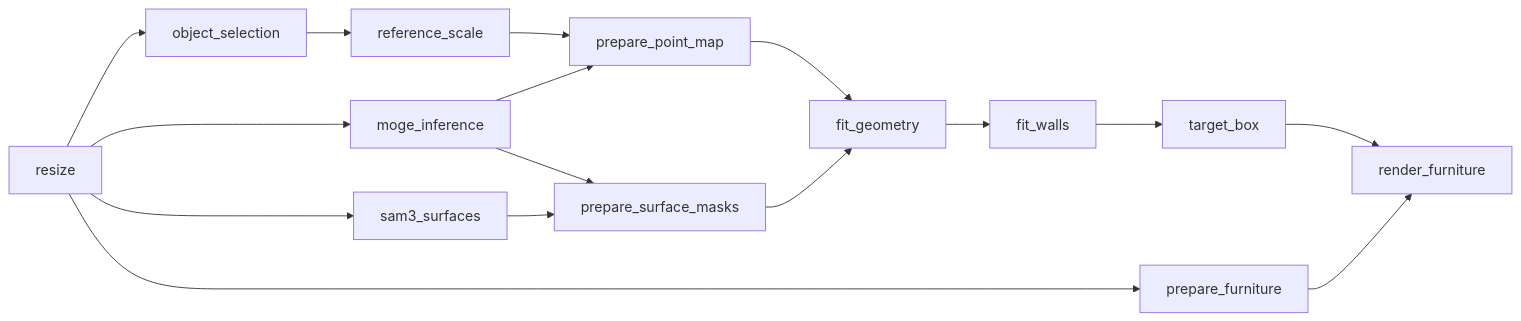
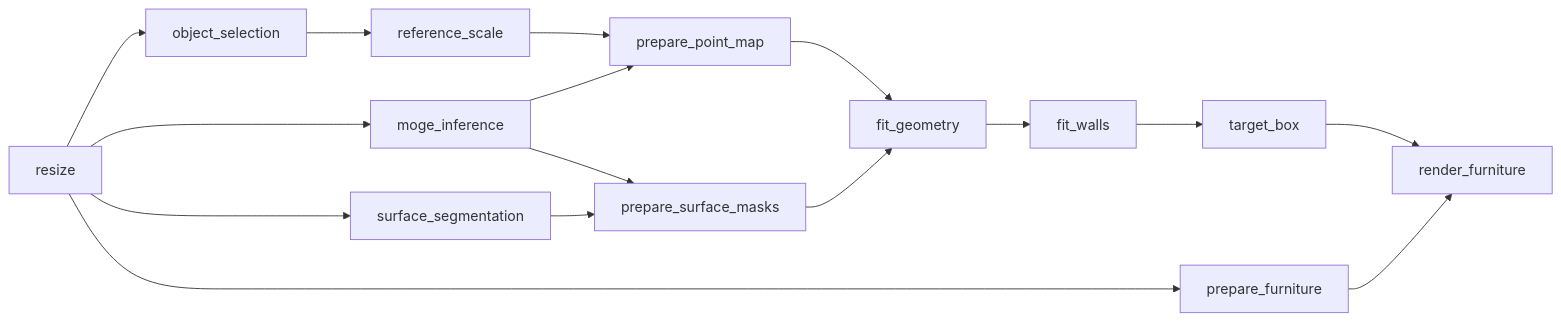
One commit to tamnguyenvan/dreamroom changed the diagram in README.md. Above: the diagram before and after it, drawn with Mermaid. The commit also changed other lines of this file and 13 other files, not shown here.

Commit message:
feat: add OneFormer surface segmentation

````diff
--- a/README.md
+++ b/README.md
@@ -28,11 +28,11 @@
 ```mermaid
 graph LR
     resize --> object_selection --> reference_scale --> prepare_point_map
     resize --> moge_inference --> prepare_point_map
-    resize --> sam3_surfaces --> prepare_surface_masks
+    resize --> surface_segmentation --> prepare_surface_masks
     moge_inference --> prepare_surface_masks
     prepare_point_map --> fit_geometry
     prepare_surface_masks --> fit_geometry
     fit_geometry --> fit_walls --> target_box --> render_furniture
     resize --> prepare_furniture --> render_furniture
 ```
````
